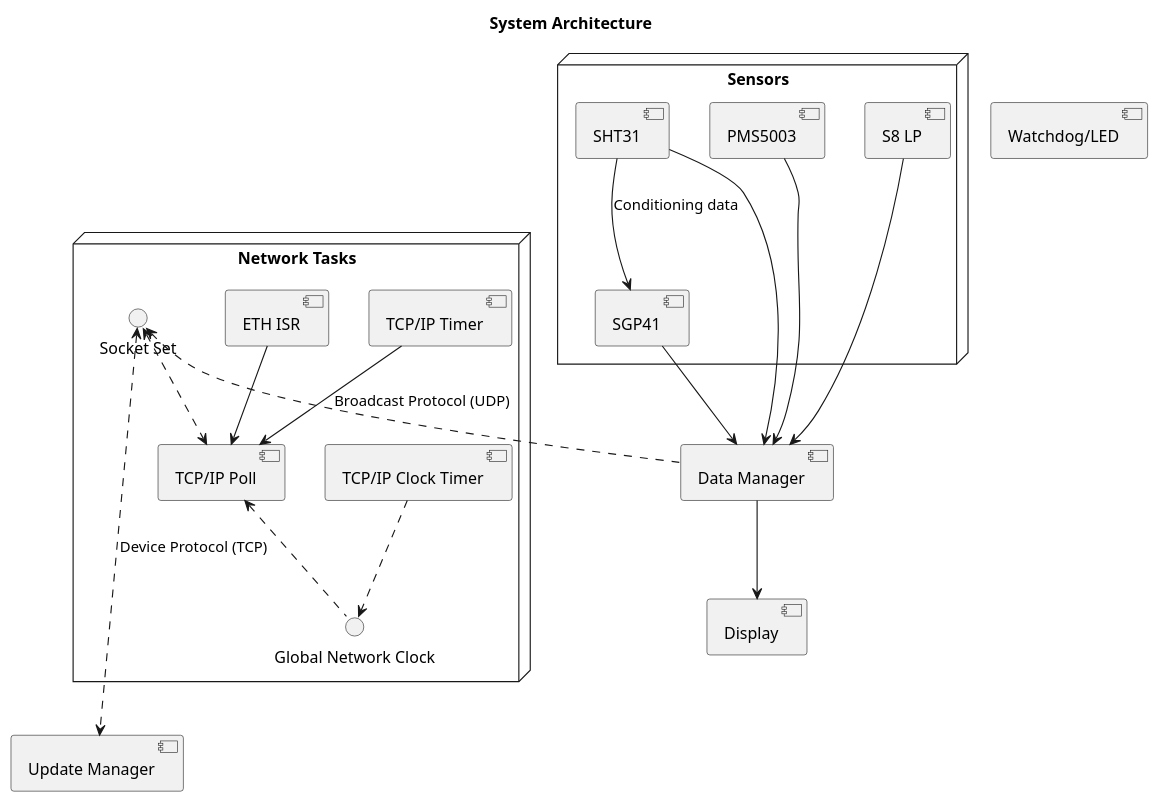
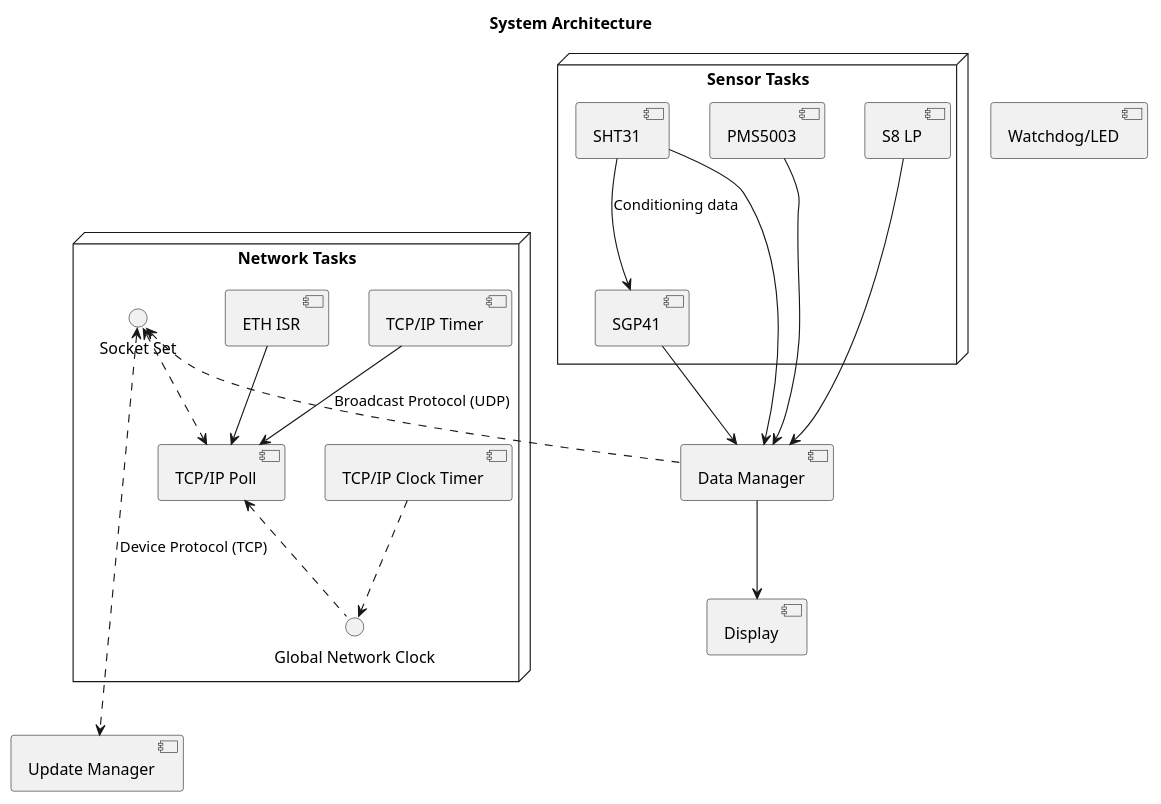
One commit to jonlamb-gh/air-gradient-pro-rs changed the diagram in doc/system_architecture.puml. Above: the diagram before and after it, drawn with PlantUML. The commit also changed 1 other file, not shown here.

Commit message:
Update diagrams

```diff
--- a/doc/system_architecture.puml
+++ b/doc/system_architecture.puml
@@ -1,49 +1,49 @@
 @startuml
 
 skinparam defaultTextAlignment center
 'skinparam monochrome reverse
 
 title "System Architecture"
 
 node "Network Tasks" {
     component [TCP/IP Clock Timer] as net_timer
     component [TCP/IP Poll] as ipstack_poll
     component [TCP/IP Timer] as ipstack_poll_timer
     component [ETH ISR] as eth_isr
     
     () "Global Network Clock" as g_net_clock
     () "Socket Set" as sockets
 
     eth_isr --> ipstack_poll
     ipstack_poll_timer --> ipstack_poll
     net_timer ..> g_net_clock
     ipstack_poll <.. g_net_clock
     sockets <..> ipstack_poll
 
 }
 
-node "Sensors" {
+node "Sensor Tasks" {
     component [PMS5003] as pms
     component [S8 LP] as s8lp
     component [SGP41] as sgp41
     component [SHT31] as sht31
 
     sht31 --> sgp41 : Conditioning data
 }
 
 component [Data Manager] as dm
 component [Update Manager] as um
 component [Display] as display
 component [Watchdog/LED] as watchdog
 
 pms --> dm
 s8lp --> dm
 sgp41 --> dm
 sht31 --> dm
 
 dm --> display
 
 sockets <.. dm : Broadcast Protocol (UDP)
 sockets <....> um : Device Protocol (TCP)
 
 @enduml
```
